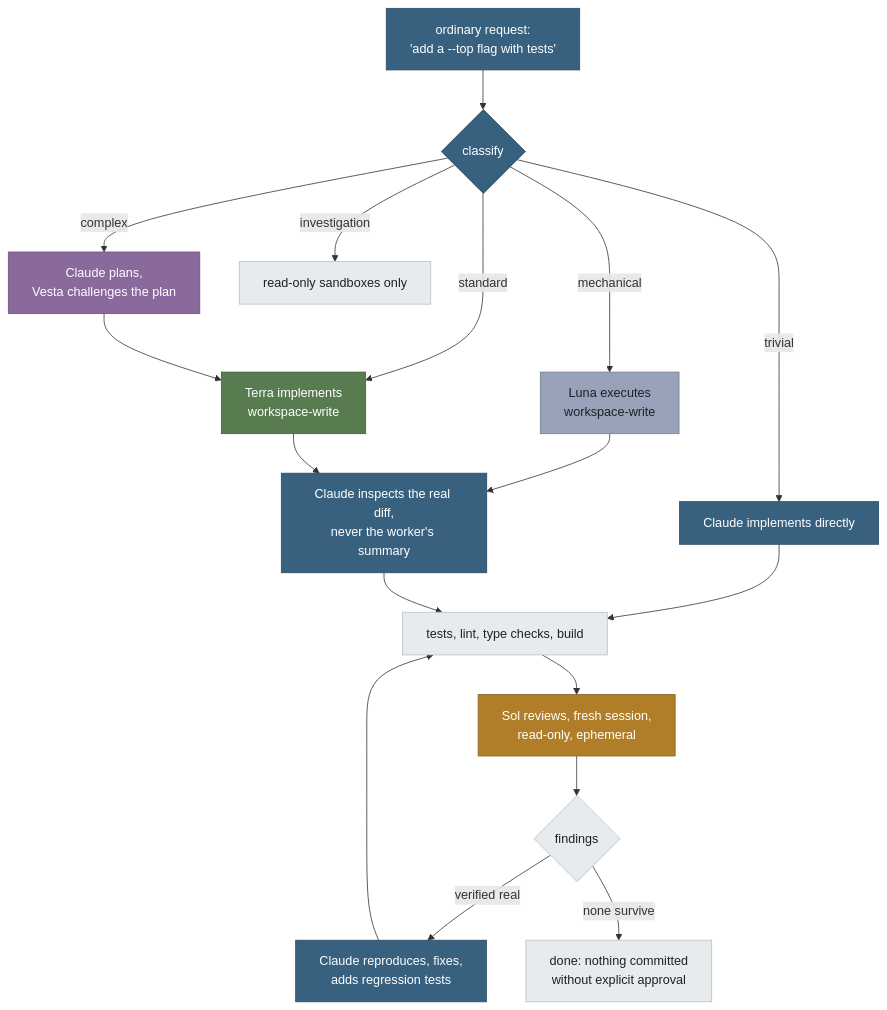
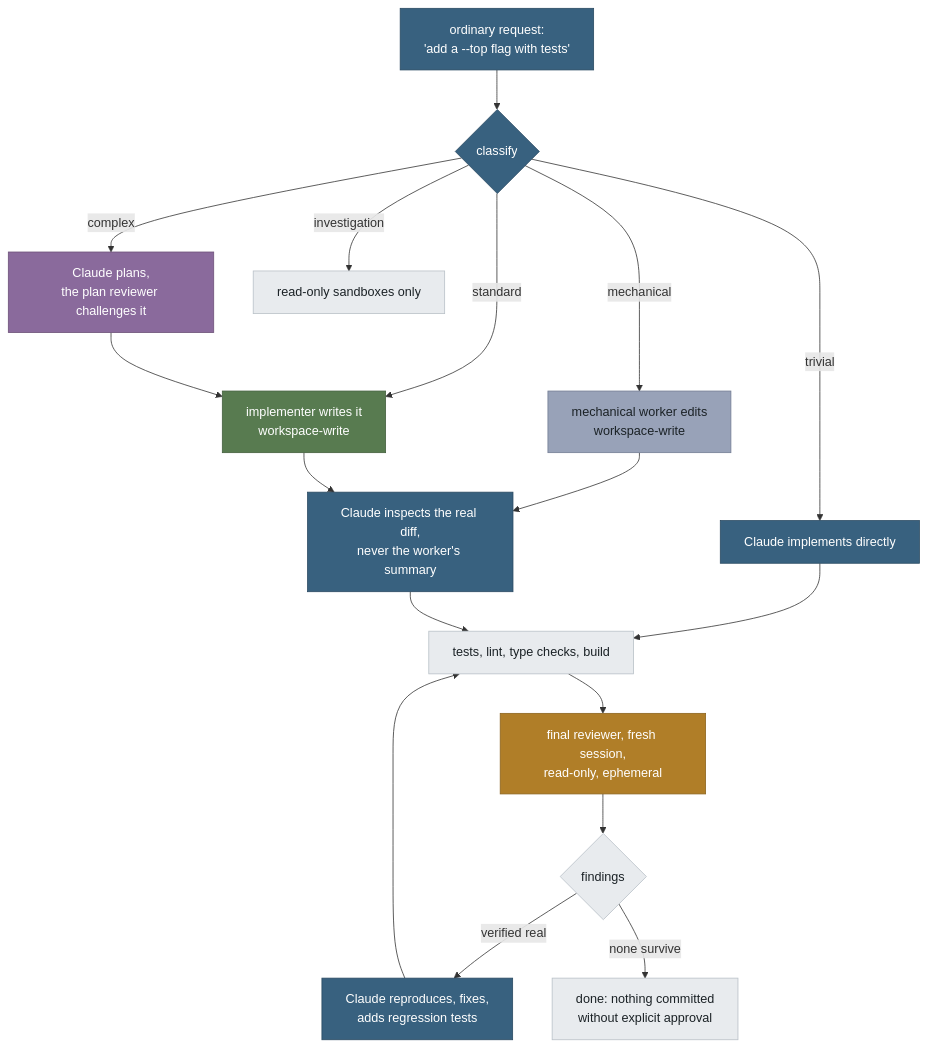
One commit to nikfilippas/orrery changed the first of 2 diagrams in README.md. Above: the diagram before and after it, drawn with Mermaid. The commit also changed other lines of this file and 14 other files, not shown here.

````diff
--- a/README.md
+++ b/README.md
@@ -29,30 +29,30 @@
 ```mermaid
 flowchart TD
     U["ordinary request:<br/>'add a --top flag with tests'"] --> C{classify}
     C -->|trivial| K[Claude implements directly]
-    C -->|mechanical| L[Luna executes<br/>workspace-write]
-    C -->|standard| T[Terra implements<br/>workspace-write]
-    C -->|complex| P[Claude plans,<br/>Vesta challenges the plan] --> T
+    C -->|mechanical| L[mechanical worker edits<br/>workspace-write]
+    C -->|standard| T[implementer writes it<br/>workspace-write]
+    C -->|complex| P[Claude plans,<br/>the plan reviewer challenges it] --> T
     C -->|investigation| R[read-only sandboxes only]
     L --> I[Claude inspects the real diff,<br/>never the worker's summary]
     T --> I
     K --> V
     I --> V[tests, lint, type checks, build]
-    V --> S[Sol reviews, fresh session,<br/>read-only, ephemeral]
+    V --> S[final reviewer, fresh session,<br/>read-only, ephemeral]
     S --> F{findings}
     F -->|verified real| X[Claude reproduces, fixes,<br/>adds regression tests] --> V
     F -->|none survive| D[done: nothing committed<br/>without explicit approval]
 
     classDef claude fill:#38617f,stroke:#2a4a62,color:#ffffff
-    classDef luna fill:#98a2b8,stroke:#737d94,color:#1b2226
-    classDef terra fill:#587b50,stroke:#44603e,color:#ffffff
-    classDef vesta fill:#8a6a9c,stroke:#6d5279,color:#ffffff
-    classDef sol fill:#b07e28,stroke:#8c641f,color:#ffffff
+    classDef mechanic fill:#98a2b8,stroke:#737d94,color:#1b2226
+    classDef implementer fill:#587b50,stroke:#44603e,color:#ffffff
+    classDef planreviewer fill:#8a6a9c,stroke:#6d5279,color:#ffffff
+    classDef reviewer fill:#b07e28,stroke:#8c641f,color:#ffffff
     classDef quiet fill:#e8ebee,stroke:#b8c0c7,color:#1b2226
     class U,C,K,I,X claude
-    class L luna
-    class T terra
-    class P vesta
-    class S sol
+    class L mechanic
+    class T implementer
+    class P planreviewer
+    class S reviewer
     class R,V,F,D quiet
 ```
````
